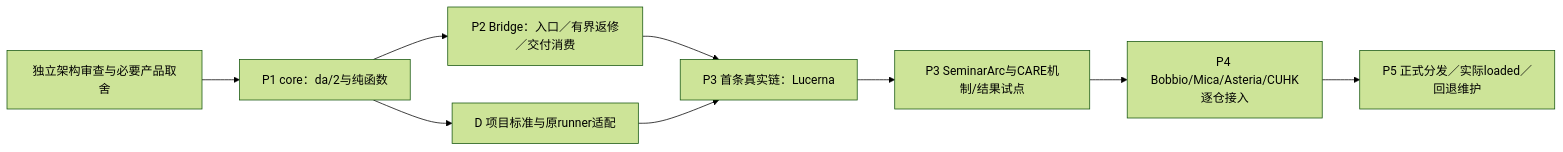
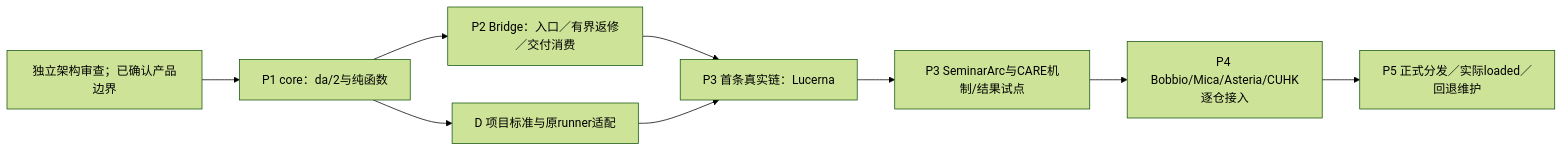
One commit to YuukiAS/AI_Research_Toolkit changed the diagram in docs/research/software-production/22_DELIVERY_ASSURANCE_GLOBAL_WORK_RESEARCH_20261022/WORK_OUTPUT/06_IMPLEMENTATION_AND_EVALUATION.md. Above: the diagram before and after it, drawn with Mermaid (forest theme). The commit also changed other lines of this file, not shown here.

````diff
--- a/docs/research/software-production/22_DELIVERY_ASSURANCE_GLOBAL_WORK_RESEARCH_20261022/WORK_OUTPUT/06_IMPLEMENTATION_AND_EVALUATION.md
+++ b/docs/research/software-production/22_DELIVERY_ASSURANCE_GLOBAL_WORK_RESEARCH_20261022/WORK_OUTPUT/06_IMPLEMENTATION_AND_EVALUATION.md
@@ -7,11 +7,11 @@
 ```mermaid
 flowchart LR
- R["独立架构审查与必要产品取舍"] --> C["P1 core：da/2与纯函数"]
+ R["独立架构审查；已确认产品边界"] --> C["P1 core：da/2与纯函数"]
  C --> B["P2 Bridge：入口／有界返修／交付消费"]
  C --> D["D 项目标准与原runner适配"]
  B --> A["P3 首条真实链：Lucerna"]
  D --> A
  A --> S["P3 SeminarArc与CARE机制/结果试点"]
  S --> O["P4 Bobbio/Mica/Asteria/CUHK逐仓接入"]
  O --> L["P5 正式分发／实际loaded／回退维护"]
 ```
````
